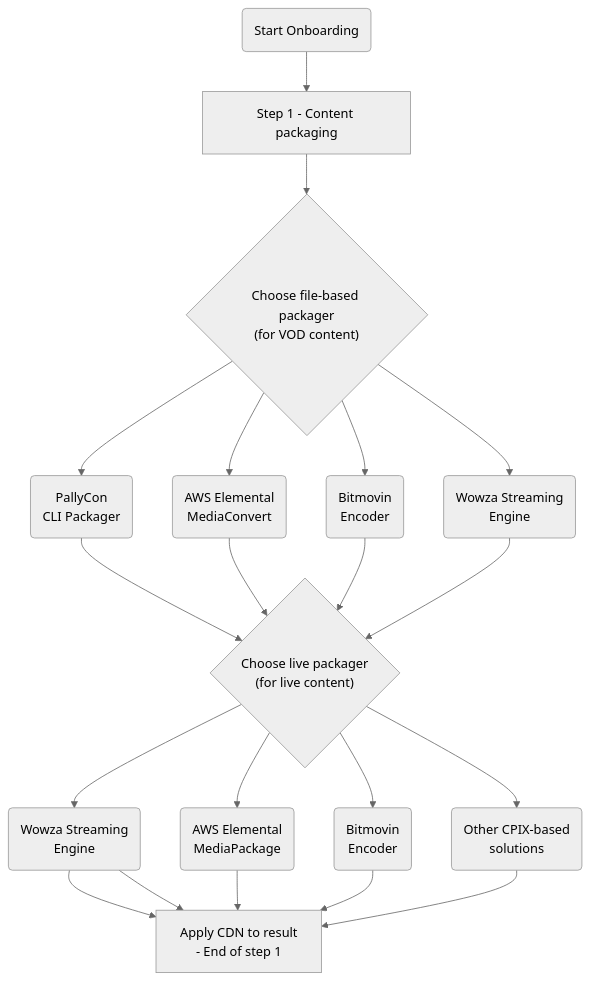
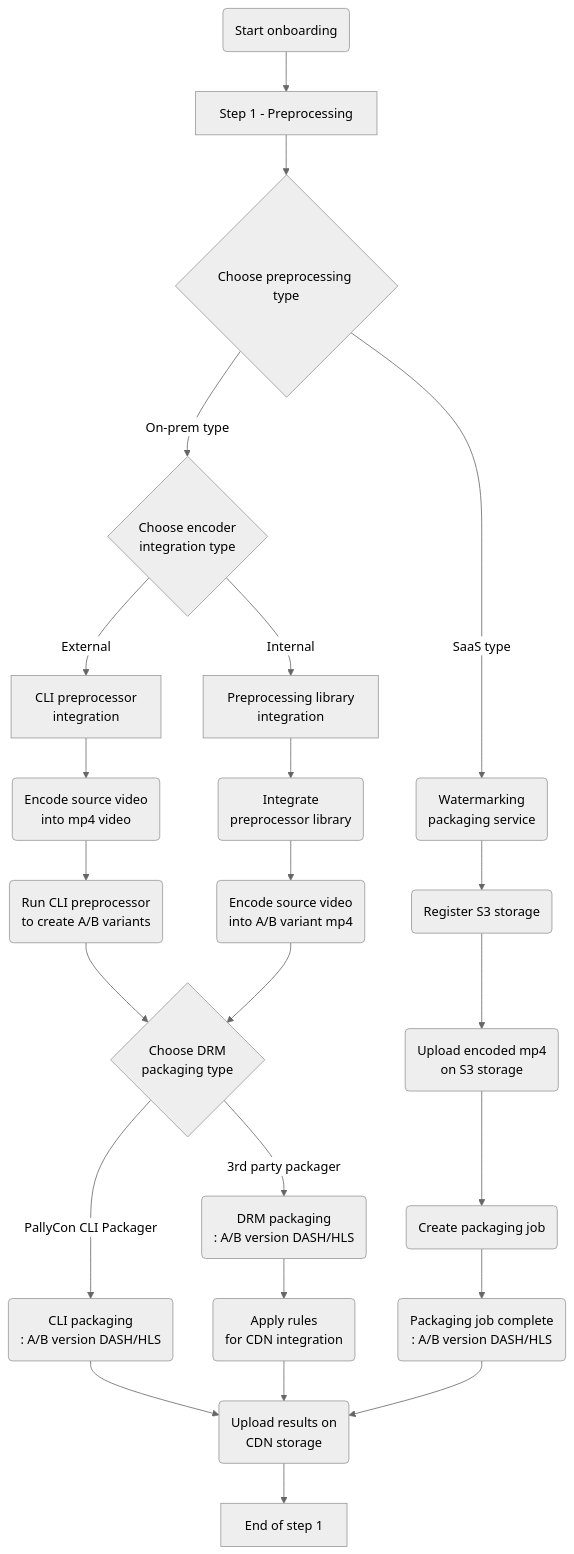
Before and after one commit to daniel-inka/pallycon-docs-v3: the first of 3 diagrams in content/forensic-watermarking/getting-started/fwm-onboarding.en.md, drawn with Mermaid (neutral theme). The commit also changed other lines of this file and 14 other files, not shown here.

Commit message:
added fwm onboarding guide

````diff
--- a/content/forensic-watermarking/getting-started/fwm-onboarding.en.md
+++ b/content/forensic-watermarking/getting-started/fwm-onboarding.en.md
@@ -23,36 +23,41 @@
 ```mermaid
 graph TD;
-  start_onboarding(Start Onboarding) --> content_packaging["Step 1 - Content packaging"]
+  start_onboarding(Start onboarding) --> preprocessing["Step 1 - Preprocessing"]
 
-  content_packaging --> vod_packager{"Choose file-based packager<br>(for VOD content)"}
-  vod_packager --> cli_packager(PallyCon<br>CLI Packager)
-  vod_packager --> mediaconvert(AWS Elemental<br>MediaConvert)
-  vod_packager --> bitmovin_vod(Bitmovin<br>Encoder)
-  vod_packager --> wowza_vod(Wowza Streaming<br>Engine)
+  preprocessing --> preprocessing_type{"Choose preprocessing type"}
+  preprocessing_type -->|SaaS type|saas_packaging(Watermarking<br>packaging service)
+  preprocessing_type -->|On-prem type|onprem_preprocessing{Choose encoder<br>integration type}
+  onprem_preprocessing -->|External|cli_type[CLI preprocessor<br>integration]
+  onprem_preprocessing -->|Internal|library_type[Preprocessing library<br>integration]
 
-  cli_packager --> live_packager{"Choose live packager<br>(for live content)"}
-  mediaconvert --> live_packager
-  bitmovin_vod --> live_packager
-  wowza_vod --> live_packager
-  
-  live_packager --> wowza_live(Wowza Streaming<br>Engine)
-  live_packager --> mediapackage(AWS Elemental<br>MediaPackage)
-  live_packager --> bitmovin_live(Bitmovin<br>Encoder)
-  live_packager --> cpix(Other CPIX-based<br>solutions)
-  
-  wowza_live --> packaging_done[Apply CDN to result<br>- End of step 1]
-  mediapackage --> packaging_done
-  wowza_live --> packaging_done
-  bitmovin_live --> packaging_done
-  cpix --> packaging_done
-  
-  click cli_packager "../../packaging/cli-packager"
-  click mediaconvert "../../packaging/aws-elemental/#mediaconvert"
-  click mediapackage "../../packaging/aws-elemental/#mediapackage"
-  click wowza_live "../../packaging/wowza-integration"
-  click wowza_vod "../../packaging/wowza-integration"
-  click bitmovin_vod "../../packaging/bitmovin-encoder-guide"
-  click bitmovin_live "../../packaging/bitmovin-encoder-guide"
-  click cpix "../../packaging/cpix-api"
+  cli_type --> source_encoding(Encode source video<br>into mp4 video)
+  source_encoding --> cli_preprocessing(Run CLI preprocessor<br>to create A/B variants)
+  cli_preprocessing --> packaging_type{Choose DRM<br>packaging type}
 
+  library_type --> library_integration(Integrate<br>preprocessor library)
+  library_integration --> ab_encoding(Encode source video<br>into A/B variant mp4)
+  ab_encoding --> packaging_type
+
+  packaging_type -->|PallyCon CLI Packager|cli_packaging(CLI packaging<br>: A/B version DASH/HLS)
+  cli_packaging --> cdn_upload(Upload results on<br>CDN storage)
+
+  packaging_type -->|3rd party packager|3rdparty_packaging(DRM packaging<br>: A/B version DASH/HLS)
+  3rdparty_packaging -->packaging_rule(Apply rules<br>for CDN integration)
+  packaging_rule --> cdn_upload
+
+  saas_packaging --> storage_registration(Register S3 storage)
+  storage_registration --> source_upload(Upload encoded mp4<br>on S3 storage)
+  source_upload --> packaging_job(Create packaging job)
+  packaging_job --> packaging_done(Packaging job complete<br>: A/B version DASH/HLS)
+  packaging_done --> cdn_upload
+
+  cdn_upload --> preprocessing_done[End of step 1]
+
+  click preprocessing "../../preprocessing/"
+  click saas_packaging "../../preprocessing/packaging-service"
+  click cli_type "../../preprocessing/cli-preprocessor"
+  click library_type "../../preprocessing/preprocessor-library"
+  click packaging_type "../../../multidrm/packaging"
+  click cli_packaging "../../../multidrm/packaging/cli-packager"
+  click packaging_rule "../fwm-workflow/#option2-c"
 ```
````
